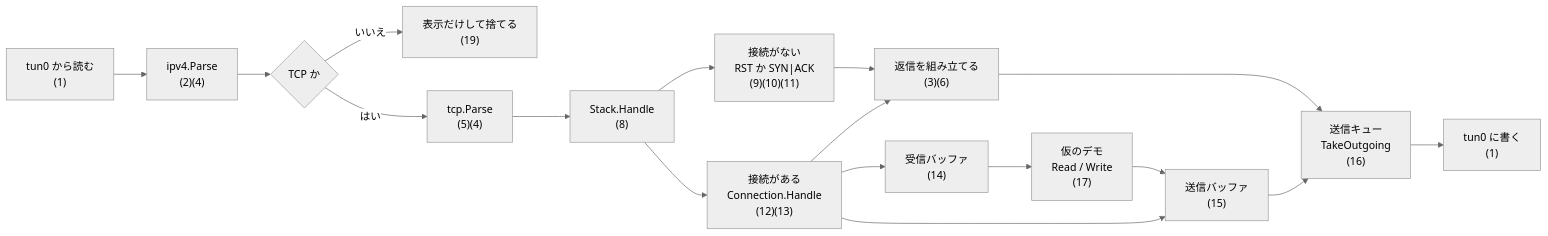
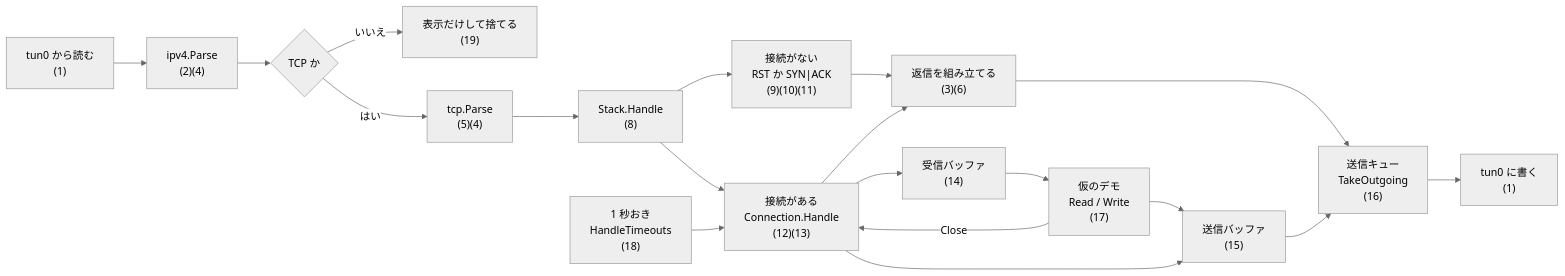
The diagram in docs/design.md (no2ca/go-tuntcp), drawn with Mermaid (neutral theme) before and after one commit. The commit also changed other lines of this file and 4 other files, not shown here.

````diff
--- a/docs/design.md
+++ b/docs/design.md
@@ -16,19 +16,21 @@
 ```mermaid
 flowchart LR
     tun_in["tun0 から読む<br/>(1)"] --> ip["ipv4.Parse<br/>(2)(4)"]
     ip --> istcp{"TCP か"}
     istcp -- いいえ --> skip["表示だけして捨てる<br/>(19)"]
     istcp -- はい --> tcp["tcp.Parse<br/>(5)(4)"]
     tcp --> stack["Stack.Handle<br/>(8)"]
     stack --> noconn["接続がない<br/>RST か SYN|ACK<br/>(9)(10)(11)"]
     stack --> conn["接続がある<br/>Connection.Handle<br/>(12)(13)"]
     noconn --> build["返信を組み立てる<br/>(3)(6)"]
     conn --> build
     conn --> rcvbuf["受信バッファ<br/>(14)"]
     rcvbuf --> demo["仮のデモ<br/>Read / Write<br/>(17)"]
     demo --> sndbuf["送信バッファ<br/>(15)"]
     conn --> sndbuf
     build --> queue["送信キュー<br/>TakeOutgoing<br/>(16)"]
     sndbuf --> queue
     queue --> tun_out["tun0 に書く<br/>(1)"]
+    demo -- "Close" --> conn
+    tick["1 秒おき<br/>HandleTimeouts<br/>(18)"] --> conn
 ```
````
